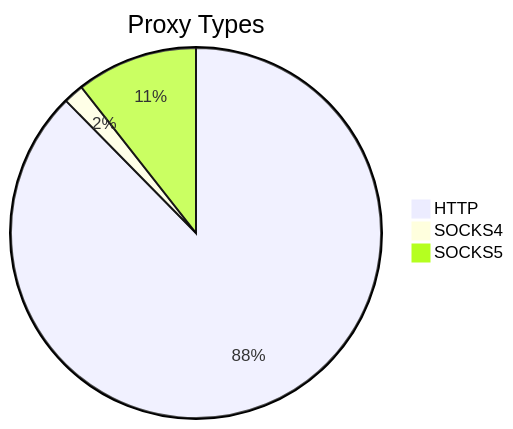
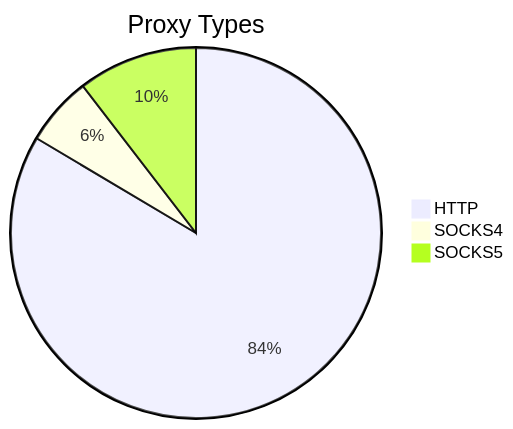
Before and after one commit to stormsia/proxy-list: the first of 2 diagrams in README.md, drawn with Mermaid. The commit also changed other lines of this file, not shown here.

````diff
--- a/README.md
+++ b/README.md
@@ -21,6 +21,6 @@
 ```mermaid
 pie title Proxy Types
-    "HTTP" : 248
-    "SOCKS4" : 5
-    "SOCKS5" : 30
+    "HTTP" : 208
+    "SOCKS4" : 15
+    "SOCKS5" : 26
 ```
````
